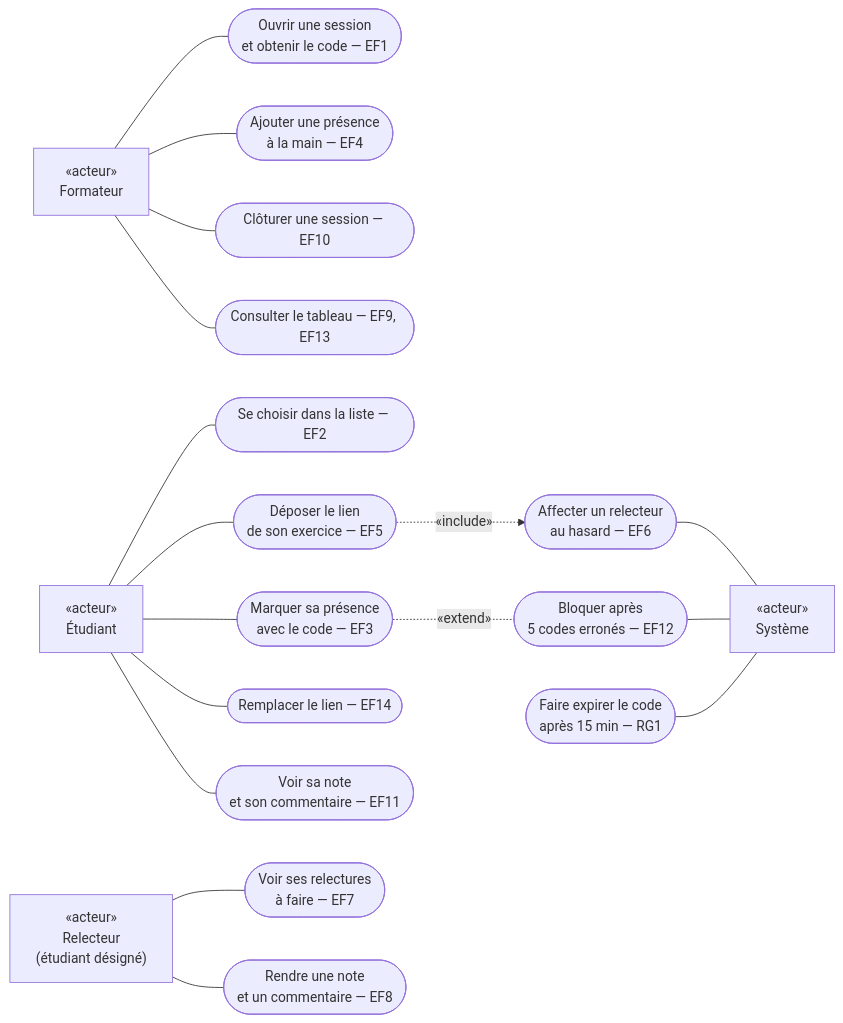
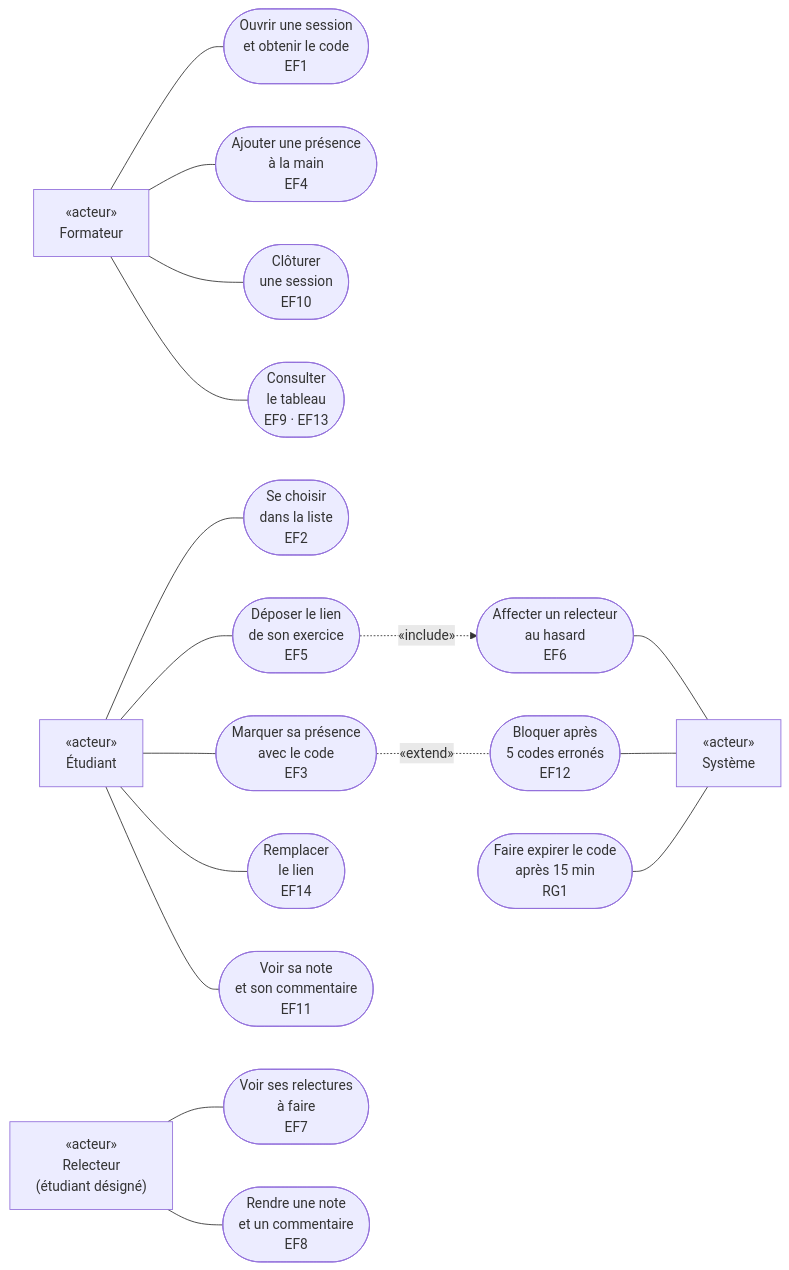
One commit to jacquessiyou4/kfokam48-epreuve-KF48-YAO-252 changed the diagram in docs/diagrammes/D1_cas_utilisation.md. Above: the diagram before and after it, drawn with Mermaid.

Commit message:
docs(diagrammes): D1 — référence EFx sur sa propre ligne, libellés plus tronqués sur GitHub

````diff
--- a/docs/diagrammes/D1_cas_utilisation.md
+++ b/docs/diagrammes/D1_cas_utilisation.md
@@ -5,39 +5,39 @@
 ```mermaid
 flowchart LR
     F["«acteur»<br/>Formateur"]
     E["«acteur»<br/>Étudiant"]
     R["«acteur»<br/>Relecteur<br/>(étudiant désigné)"]
     S["«acteur»<br/>Système"]
 
-        UC1(["Ouvrir une session<br/>et obtenir le code — EF1"])
-        UC2(["Ajouter une présence<br/>à la main — EF4"])
-        UC3(["Clôturer une session — EF10"])
-        UC4(["Consulter le tableau — EF9, EF13"])
-        UC5(["Se choisir dans la liste — EF2"])
-        UC6(["Marquer sa présence<br/>avec le code — EF3"])
-        UC7(["Déposer le lien<br/>de son exercice — EF5"])
-        UC8(["Remplacer le lien — EF14"])
-        UC9(["Voir sa note<br/>et son commentaire — EF11"])
-        UC10(["Voir ses relectures<br/>à faire — EF7"])
-        UC11(["Rendre une note<br/>et un commentaire — EF8"])
-        UC12(["Affecter un relecteur<br/>au hasard — EF6"])
-        UC13(["Bloquer après<br/>5 codes erronés — EF12"])
-        UC14(["Faire expirer le code<br/>après 15 min — RG1"])
+        UC1(["Ouvrir une session<br/>et obtenir le code<br/>EF1"])
+        UC2(["Ajouter une présence<br/>à la main<br/>EF4"])
+        UC3(["Clôturer<br/>une session<br/>EF10"])
+        UC4(["Consulter<br/>le tableau<br/>EF9 · EF13"])
+        UC5(["Se choisir<br/>dans la liste<br/>EF2"])
+        UC6(["Marquer sa présence<br/>avec le code<br/>EF3"])
+        UC7(["Déposer le lien<br/>de son exercice<br/>EF5"])
+        UC8(["Remplacer<br/>le lien<br/>EF14"])
+        UC9(["Voir sa note<br/>et son commentaire<br/>EF11"])
+        UC10(["Voir ses relectures<br/>à faire<br/>EF7"])
+        UC11(["Rendre une note<br/>et un commentaire<br/>EF8"])
+        UC12(["Affecter un relecteur<br/>au hasard<br/>EF6"])
+        UC13(["Bloquer après<br/>5 codes erronés<br/>EF12"])
+        UC14(["Faire expirer le code<br/>après 15 min<br/>RG1"])
 
     F --- UC1
     F --- UC2
     F --- UC3
     F --- UC4
     E --- UC5
     E --- UC6
     E --- UC7
     E --- UC8
     E --- UC9
     R --- UC10
     R --- UC11
     UC6 -.-|«extend»| UC13
     UC7 -.->|«include»| UC12
     UC12 --- S
     UC13 --- S
     UC14 --- S
 ```
````
